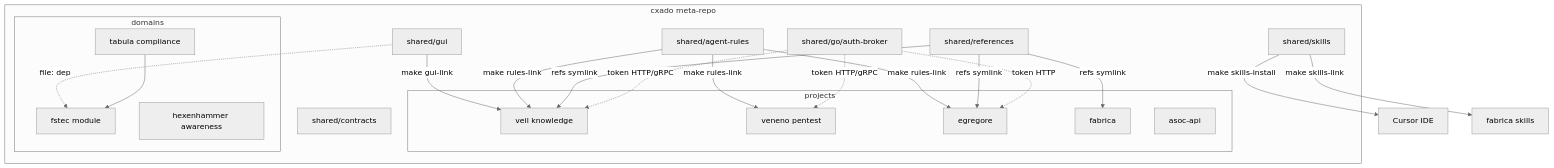
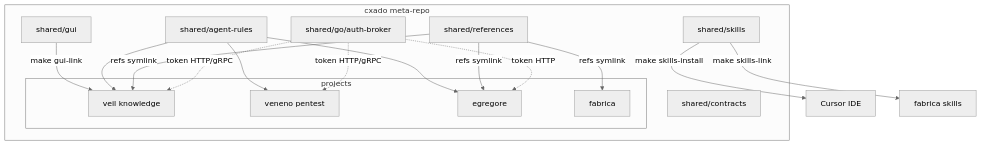
One commit to butbeautifulv/cxado changed the first of 4 diagrams in docs/ecosystem-map.md. Above: the diagram before and after it, drawn with Mermaid (neutral theme). The commit also changed other lines of this file and 249 other files, not shown here.

````diff
--- a/docs/ecosystem-map.md
+++ b/docs/ecosystem-map.md
@@ -57,39 +51,31 @@
 ```mermaid
 flowchart TB
   subgraph cxado [cxado meta-repo]
     RULES[shared/agent-rules]
     SKILLS[shared/skills]
     REFS[shared/references]
     CTR[shared/contracts]
     GUI[shared/gui]
     AUTHBROKER[shared/go/auth-broker]
     subgraph projects [projects]
       VEIL[veil knowledge]
       VENENO[veneno pentest]
       AGI[egregore]
       CICD[fabrica]
-      ASOC[asoc-api]
-    end
-    subgraph domains [domains]
-      TABULA[tabula compliance]
-      FSTEC[fstec module]
-      HEX[hexenhammer awareness]
     end
   end
 
   GUI -->|make gui-link| VEIL
-  GUI -.->|file: dep| FSTEC
-  TABULA --> FSTEC
 
-  RULES -->|make rules-link| VEIL
-  RULES -->|make rules-link| VENENO
-  RULES -->|make rules-link| AGI
+  RULES --> VEIL
+  RULES --> VENENO
+  RULES --> AGI
   SKILLS -->|make skills-install| CURSOR[Cursor IDE]
   SKILLS -->|make skills-link| FAB[fabrica skills]
   REFS -->|refs symlink| VEIL
   REFS -->|refs symlink| CICD
   REFS -->|refs symlink| AGI
   AUTHBROKER -.->|token HTTP/gRPC| VEIL
   AUTHBROKER -.->|token HTTP/gRPC| VENENO
   AUTHBROKER -.->|token HTTP| AGI
 ```
````
